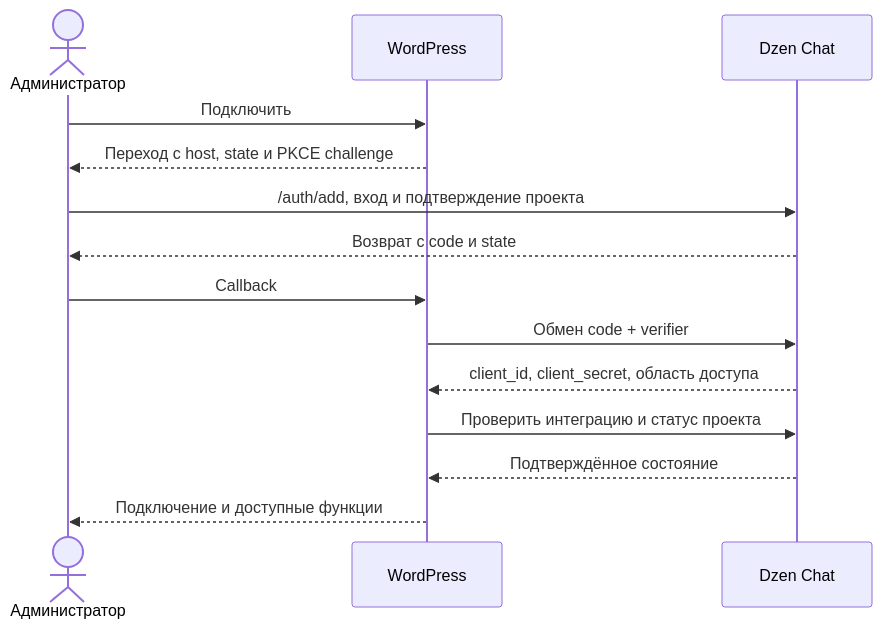
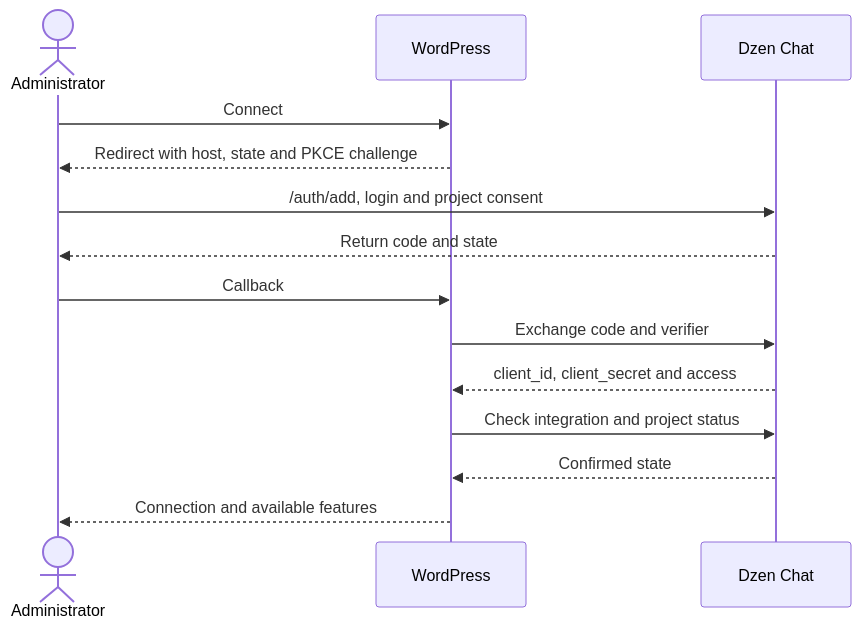
The diagram in docs/specs/2026-09-09-wordpress-plugin.md (dzenplatform/dzen-wordpress), drawn with Mermaid before and after one commit. The commit also changed other lines of this file and 31 other files, not shown here.

````diff
--- a/docs/specs/2026-09-09-wordpress-plugin.md
+++ b/docs/specs/2026-09-09-wordpress-plugin.md
@@ -98,16 +105,16 @@
-```mermaid
+~~~mermaid
 sequenceDiagram
-    actor Admin as Администратор
+    actor Admin as Administrator
     participant WP as WordPress
     participant Chat as Dzen Chat
-    Admin->>WP: Подключить
-    WP-->>Admin: Переход с host, state и PKCE challenge
-    Admin->>Chat: /auth/add, вход и подтверждение проекта
-    Chat-->>Admin: Возврат с code и state
+    Admin->>WP: Connect
+    WP-->>Admin: Redirect with host, state and PKCE challenge
+    Admin->>Chat: /auth/add, login and project consent
+    Chat-->>Admin: Return code and state
     Admin->>WP: Callback
-    WP->>Chat: Обмен code + verifier
-    Chat-->>WP: client_id, client_secret, область доступа
-    WP->>Chat: Проверить интеграцию и статус проекта
-    Chat-->>WP: Подтверждённое состояние
-    WP-->>Admin: Подключение и доступные функции
-```
+    WP->>Chat: Exchange code and verifier
+    Chat-->>WP: client_id, client_secret and access
+    WP->>Chat: Check integration and project status
+    Chat-->>WP: Confirmed state
+    WP-->>Admin: Connection and available features
+~~~
````
